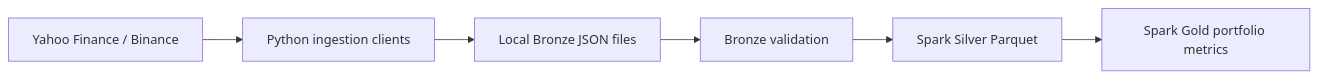
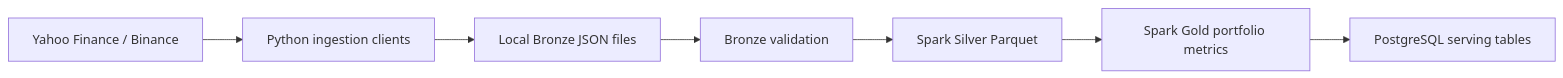
Before and after one commit to minhphamnhat95/Portfolio-DataFlow: the diagram in README.md, drawn with Mermaid. The commit also changed other lines of this file and 2 other files, not shown here.

````diff
--- a/README.md
+++ b/README.md
@@ -5,8 +5,9 @@
 ```mermaid
 flowchart LR
   A[Yahoo Finance / Binance] --> B[Python ingestion clients]
   B --> C[Local Bronze JSON files]
   C --> D[Bronze validation]
   D --> E[Spark Silver Parquet]
   E --> F[Spark Gold portfolio metrics]
+  F --> G[PostgreSQL serving tables]
 ```
````
